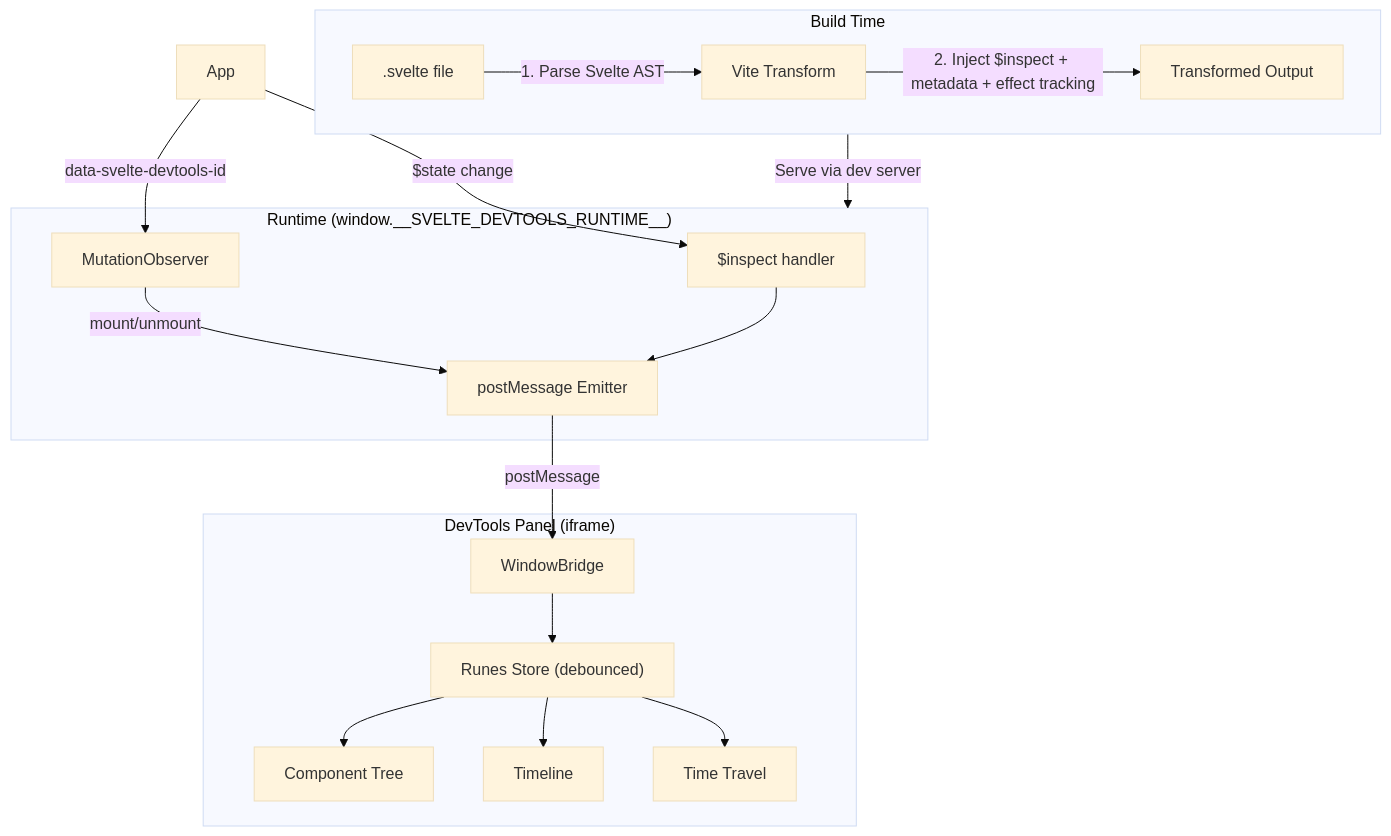
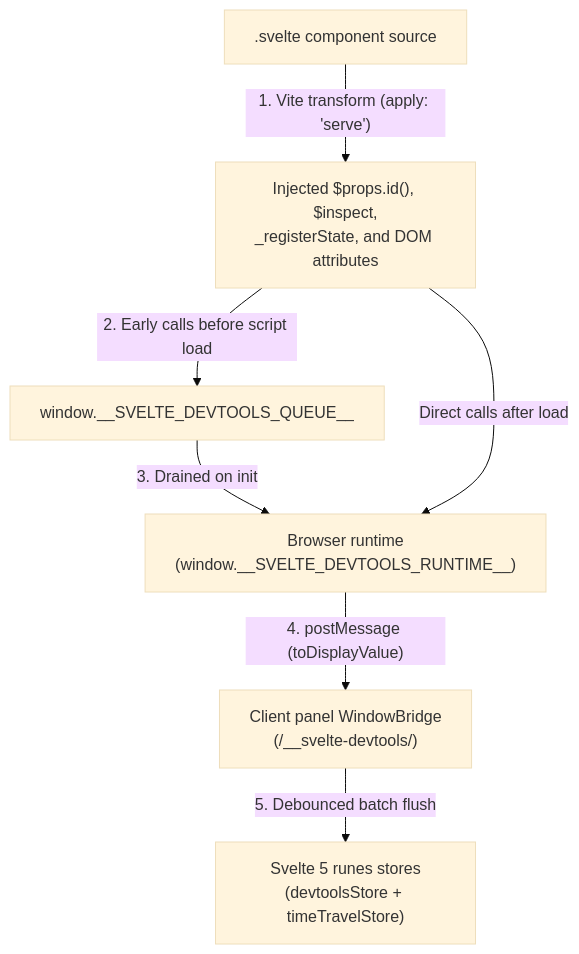
Before and after one commit to fsodano/svelte-devtools: the first of 3 diagrams in docs/01_architecture.md, drawn with Mermaid (base theme). The commit also changed other lines of this file and 43 other files, not shown here.

````diff
--- a/docs/01_architecture.md
+++ b/docs/01_architecture.md
@@ -19,32 +19,9 @@
 ```mermaid
 flowchart TB
-    subgraph Build["Build Time"]
-        SF[".svelte file"] -->|"1. Parse Svelte AST"| VT["Vite Transform"]
-        VT -->|"2. Inject $inspect + metadata + effect tracking"| TO["Transformed Output"]
-    end
-
-    subgraph Runtime["Runtime (window.__SVELTE_DEVTOOLS_RUNTIME__)"]
-        HS["$inspect handler"]
-        MO["MutationObserver"]
-        PM["postMessage Emitter"]
-    end
-
-    subgraph UI["DevTools Panel (iframe)"]
-        WB["WindowBridge"]
-        Store["Runes Store (debounced)"]
-        CT["Component Tree"]
-        TL["Timeline"]
-        TT["Time Travel"]
-    end
-
-    Build -->|"Serve via dev server"| Runtime
-    App -->|"$state change"| HS
-    App -->|"data-svelte-devtools-id"| MO
-    MO -->|"mount/unmount"| PM
-    HS --> PM
-    PM -->|"postMessage"| WB
-    WB --> Store
-    Store --> CT
-    Store --> TL
-    Store --> TT
+    SF[".svelte component source"] -->|"1. Vite transform (apply: 'serve')"| INJ["Injected $props.id(), $inspect,<br/>_registerState, and DOM attributes"]
+    INJ -->|"2. Early calls before script load"| Q["window.__SVELTE_DEVTOOLS_QUEUE__"]
+    Q -->|"3. Drained on init"| RT["Browser runtime<br/>(window.__SVELTE_DEVTOOLS_RUNTIME__)"]
+    INJ -->|"Direct calls after load"| RT
+    RT -->|"4. postMessage (toDisplayValue)"| WB["Client panel WindowBridge<br/>(/__svelte-devtools/)"]
+    WB -->|"5. Debounced batch flush"| ST["Svelte 5 runes stores<br/>(devtoolsStore + timeTravelStore)"]
 ```
````
